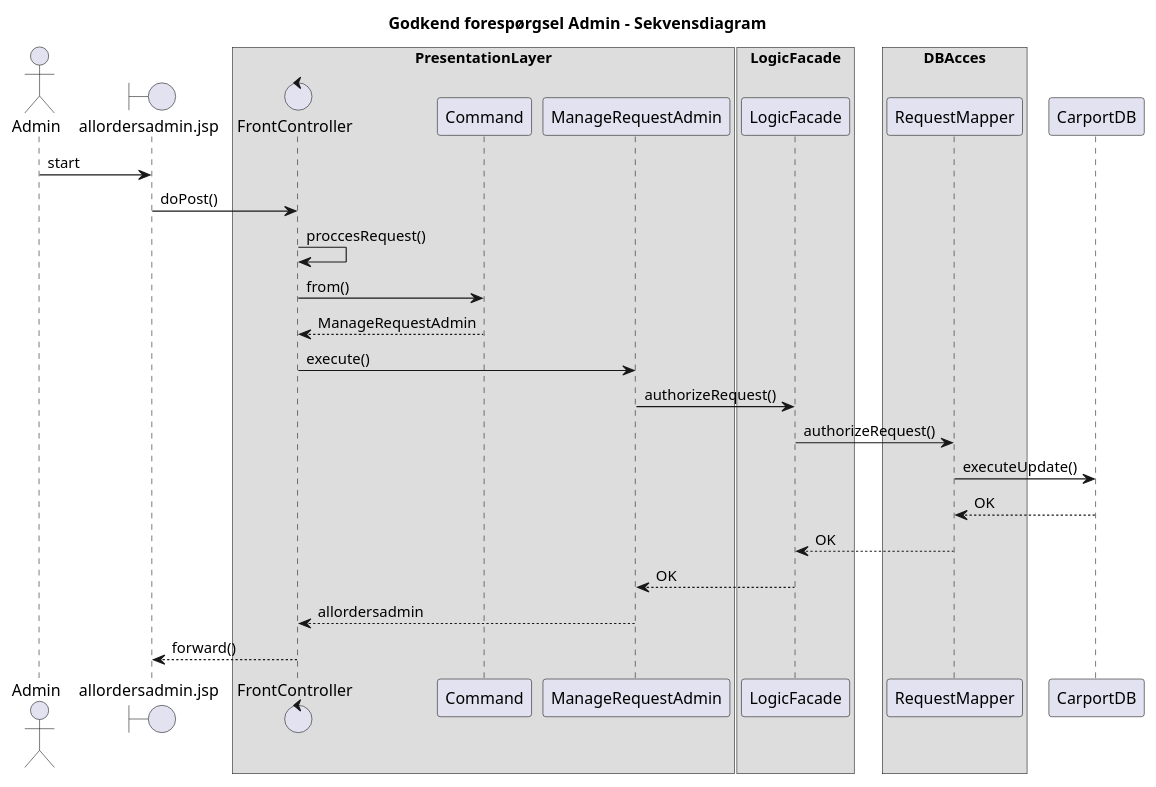
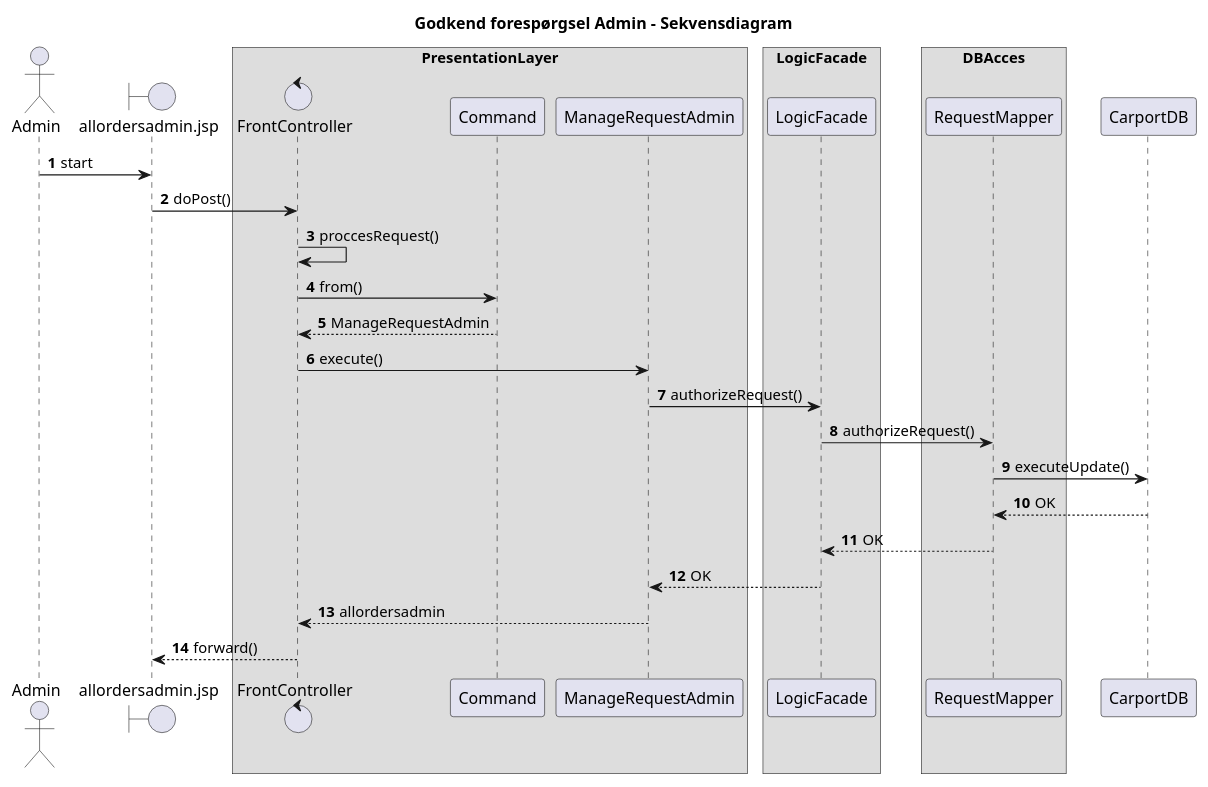
One commit to LukasBangStoltz/Carport changed the diagram in Projektskabelon-master/src/main/plantuml/sequenceAuthorizeRequest.puml. Above: the diagram before and after it, drawn with PlantUML. The commit also changed 9 other files, not shown here.

Commit message:
ændret diagram

```diff
--- a/Projektskabelon-master/src/main/plantuml/sequenceAuthorizeRequest.puml
+++ b/Projektskabelon-master/src/main/plantuml/sequenceAuthorizeRequest.puml
@@ -1,34 +1,34 @@
 @startuml
+       autonumber
+       title "Godkend forespørgsel Admin - Sekvensdiagram"
 
-title "Godkend forespørgsel Admin - Sekvensdiagram"
+       actor Admin
+       boundary allordersadmin.jsp
+       Admin -> allordersadmin.jsp: start
+       box PresentationLayer
+       control FrontController
+       allordersadmin.jsp -> FrontController: doPost()
+       FrontController -> FrontController: proccesRequest()
+       FrontController -> Command: from()
+       Command --> FrontController: ManageRequestAdmin
+       FrontController -> ManageRequestAdmin: execute()
+       end box
+       box LogicFacade
+       ManageRequestAdmin -> LogicFacade: authorizeRequest()
+       end box
+       box DBAcces
+       LogicFacade -> RequestMapper: authorizeRequest()
+       end box
+       RequestMapper -> CarportDB: executeUpdate()
 
-actor Admin
-boundary allordersadmin.jsp
-Admin -> allordersadmin.jsp: start
-box PresentationLayer
-control FrontController
-allordersadmin.jsp -> FrontController: doPost()
-FrontController -> FrontController: proccesRequest()
-FrontController -> Command: from()
-Command --> FrontController: ManageRequestAdmin
-FrontController -> ManageRequestAdmin: execute()
-end box
-box LogicFacade
-ManageRequestAdmin -> LogicFacade: authorizeRequest()
-end box
-box DBAcces
-LogicFacade -> RequestMapper: authorizeRequest()
-end box
-RequestMapper -> CarportDB: executeUpdate()
-
-CarportDB --> RequestMapper: OK
-RequestMapper --> LogicFacade: OK
-LogicFacade --> ManageRequestAdmin: OK
-ManageRequestAdmin --> FrontController: allordersadmin
-FrontController --> allordersadmin.jsp: forward()
-database CarportDB
+       CarportDB --> RequestMapper: OK
+       RequestMapper --> LogicFacade: OK
+       LogicFacade --> ManageRequestAdmin: OK
+       ManageRequestAdmin --> FrontController: allordersadmin
+       FrontController --> allordersadmin.jsp: forward()
+       database CarportDB
 
 
 
 
-@enduml
+       @enduml
```
